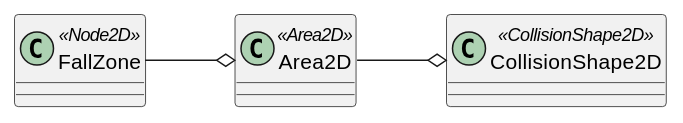
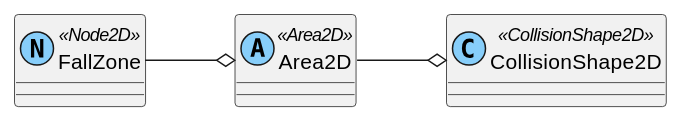
One commit to tkmfujise/Platformer-Game-Learning changed the diagram in content/scenes/src/stages/fall_zone/fall_zone.tscn.adoc. Above: the diagram before and after it, drawn with PlantUML. The commit also changed 69 other files, not shown here.

Commit message:
Change scene diagram class color

```diff
--- a/content/scenes/src/stages/fall_zone/fall_zone.tscn.adoc
+++ b/content/scenes/src/stages/fall_zone/fall_zone.tscn.adoc
@@ -9,13 +9,13 @@
 [plantuml]
 ....
-class ROOT as "FallZone" <<Node2D>> {
+class ROOT as "FallZone" <<(N,lightskyblue) Node2D>> {
 }
-class Area2D as "Area2D" <<Area2D>> {
+class Area2D as "Area2D" <<(A,lightskyblue) Area2D>> {
 }
-class Area2D_CollisionShape2D as "CollisionShape2D" <<CollisionShape2D>> {
+class Area2D_CollisionShape2D as "CollisionShape2D" <<(C,lightskyblue) CollisionShape2D>> {
 }
 ROOT --o Area2D
 Area2D --o Area2D_CollisionShape2D
 left to right direction
 
 ....
```
